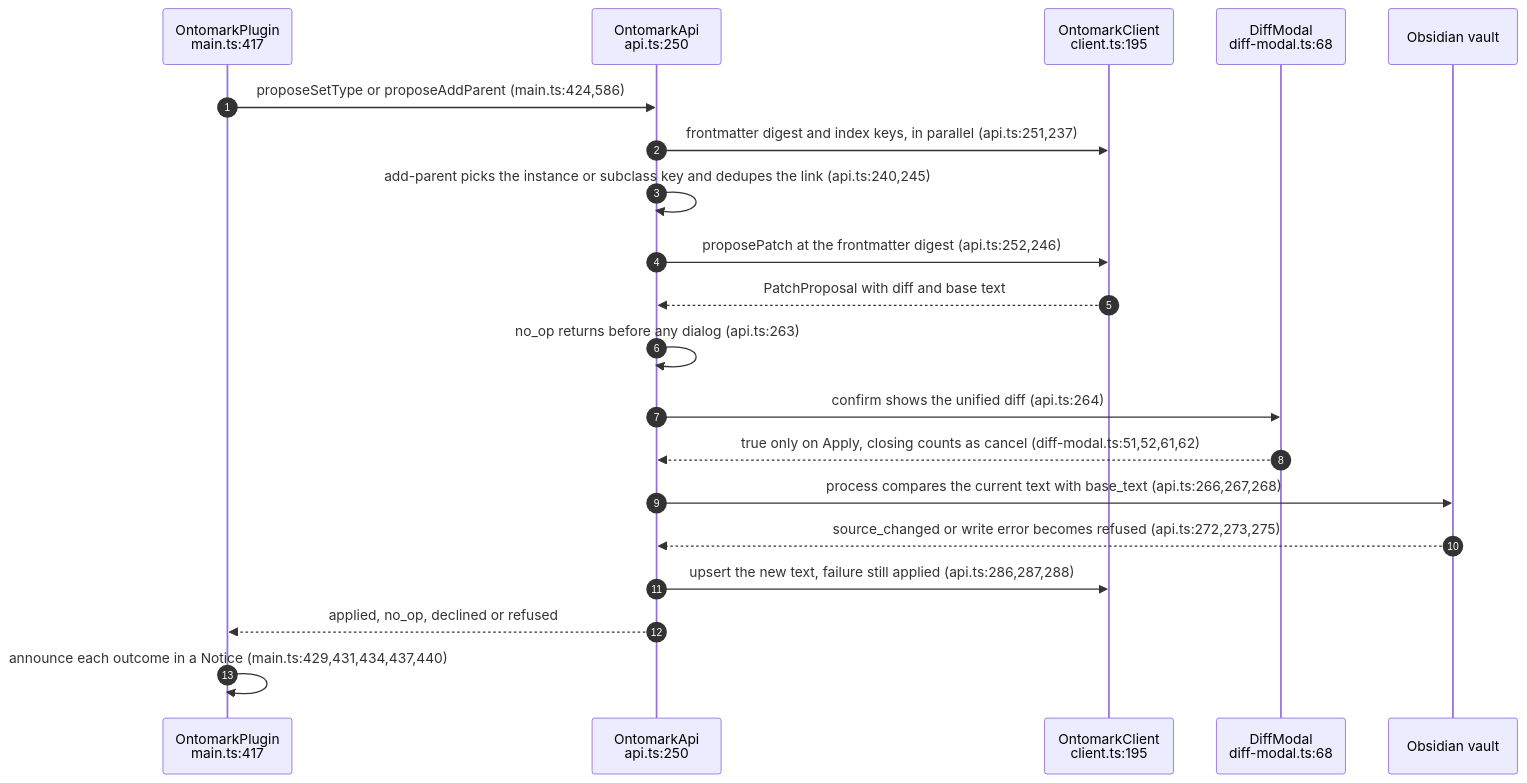
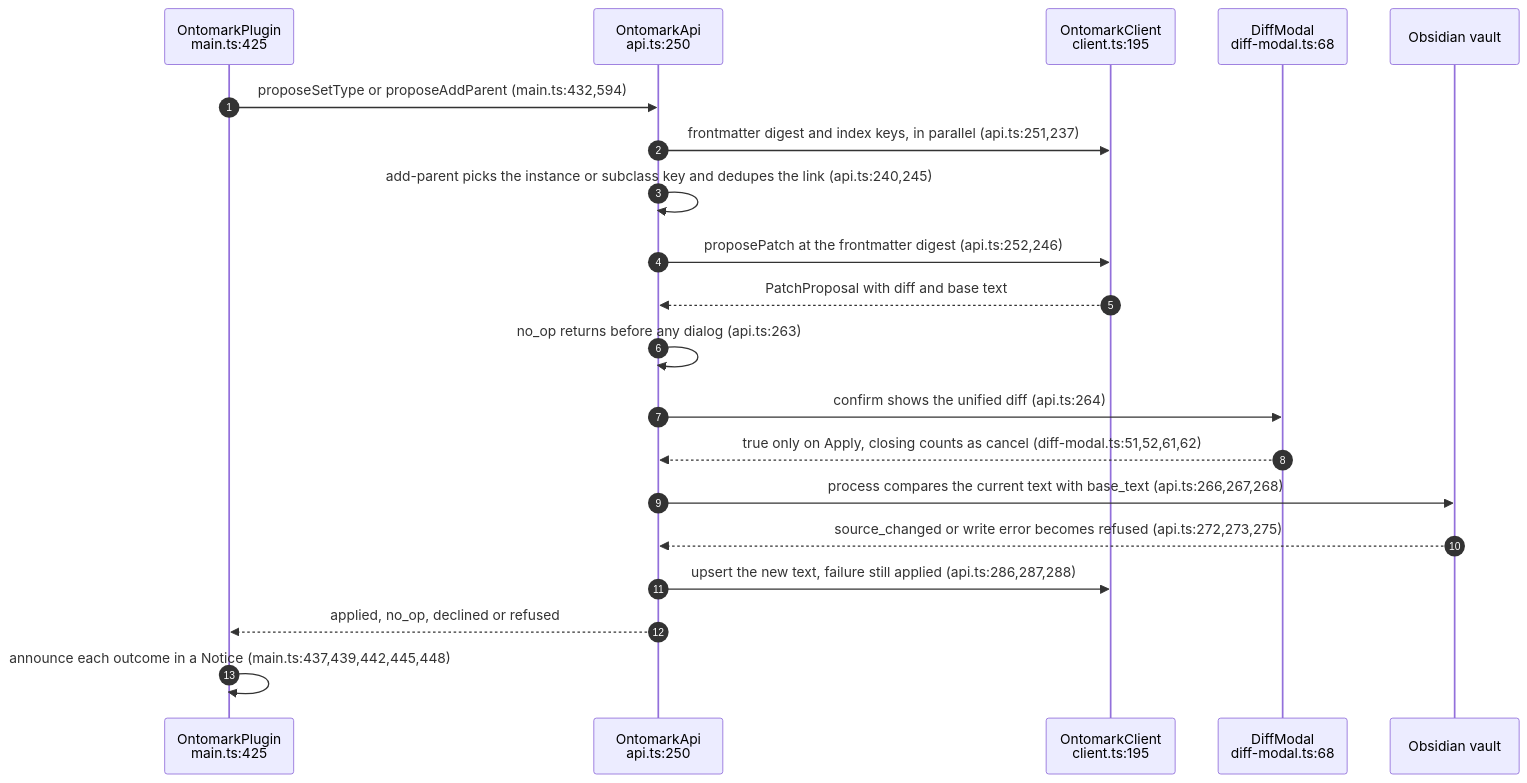
The second of 4 diagrams in docs/diagrams/ontomark-obsidian/02-commands-views-and-guarded-edits.md (DreamLab-AI/VisionFlow), drawn with Mermaid before and after one commit. The commit also changed other lines of this file and 20 other files, not shown here.

First line of the commit message:
docs(diagrams): ontomark and ontomark-obsidian re-verified (graph 0.4.0, plugin 0.6.0)

````diff
--- a/docs/diagrams/ontomark-obsidian/02-commands-views-and-guarded-edits.md
+++ b/docs/diagrams/ontomark-obsidian/02-commands-views-and-guarded-edits.md
@@ -58,22 +58,22 @@
 ```mermaid
 sequenceDiagram
     autonumber
-    participant P as OntomarkPlugin<br/>main.ts:417
+    participant P as OntomarkPlugin<br/>main.ts:425
     participant A as OntomarkApi<br/>api.ts:250
     participant C as OntomarkClient<br/>client.ts:195
     participant M as DiffModal<br/>diff-modal.ts:68
     participant V as Obsidian vault
-    P->>A: proposeSetType or proposeAddParent (main.ts:424,586)
+    P->>A: proposeSetType or proposeAddParent (main.ts:432,594)
     A->>C: frontmatter digest and index keys, in parallel (api.ts:251,237)
     A->>A: add-parent picks the instance or subclass key and dedupes the link (api.ts:240,245)
     A->>C: proposePatch at the frontmatter digest (api.ts:252,246)
     C-->>A: PatchProposal with diff and base text
     A->>A: no_op returns before any dialog (api.ts:263)
     A->>M: confirm shows the unified diff (api.ts:264)
     M-->>A: true only on Apply, closing counts as cancel (diff-modal.ts:51,52,61,62)
     A->>V: process compares the current text with base_text (api.ts:266,267,268)
     V-->>A: source_changed or write error becomes refused (api.ts:272,273,275)
     A->>C: upsert the new text, failure still applied (api.ts:286,287,288)
     A-->>P: applied, no_op, declined or refused
-    P->>P: announce each outcome in a Notice (main.ts:429,431,434,437,440)
+    P->>P: announce each outcome in a Notice (main.ts:437,439,442,445,448)
 ```
````
